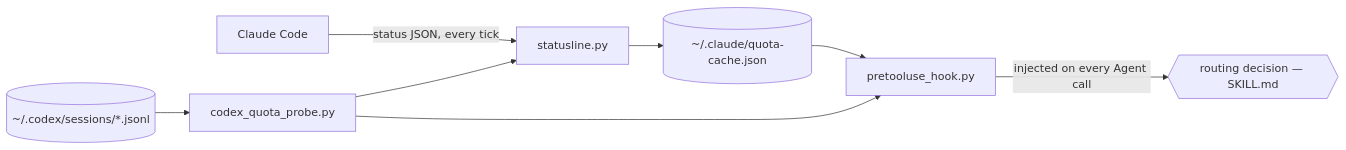
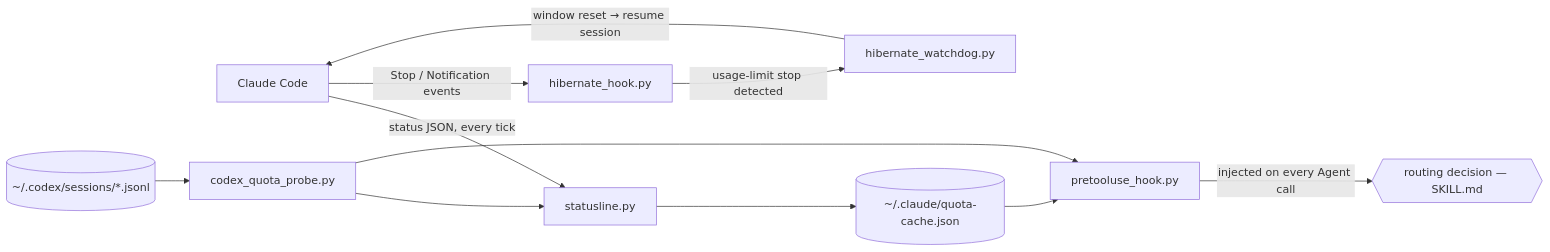
One commit to wr/quota-router changed the diagram in README.md. Above: the diagram before and after it, drawn with Mermaid. The commit also changed other lines of this file and 7 other files, not shown here.

````diff
--- a/README.md
+++ b/README.md
@@ -39,10 +40,13 @@
 ```mermaid
 flowchart LR
     CC[Claude Code] -- "status JSON, every tick" --> SL[statusline.py]
     SL --> CACHE[("~/.claude/quota-cache.json")]
     LOGS[("~/.codex/sessions/*.jsonl")] --> PROBE[codex_quota_probe.py]
     PROBE --> SL
     CACHE --> HOOK[pretooluse_hook.py]
     PROBE --> HOOK
     HOOK -- "injected on every Agent call" --> DECIDE{{"routing decision — SKILL.md"}}
+    CC -- "Stop / Notification events" --> HIB[hibernate_hook.py]
+    HIB -- "usage-limit stop detected" --> WD[hibernate_watchdog.py]
+    WD -- "window reset → resume session" --> CC
 ```
````
